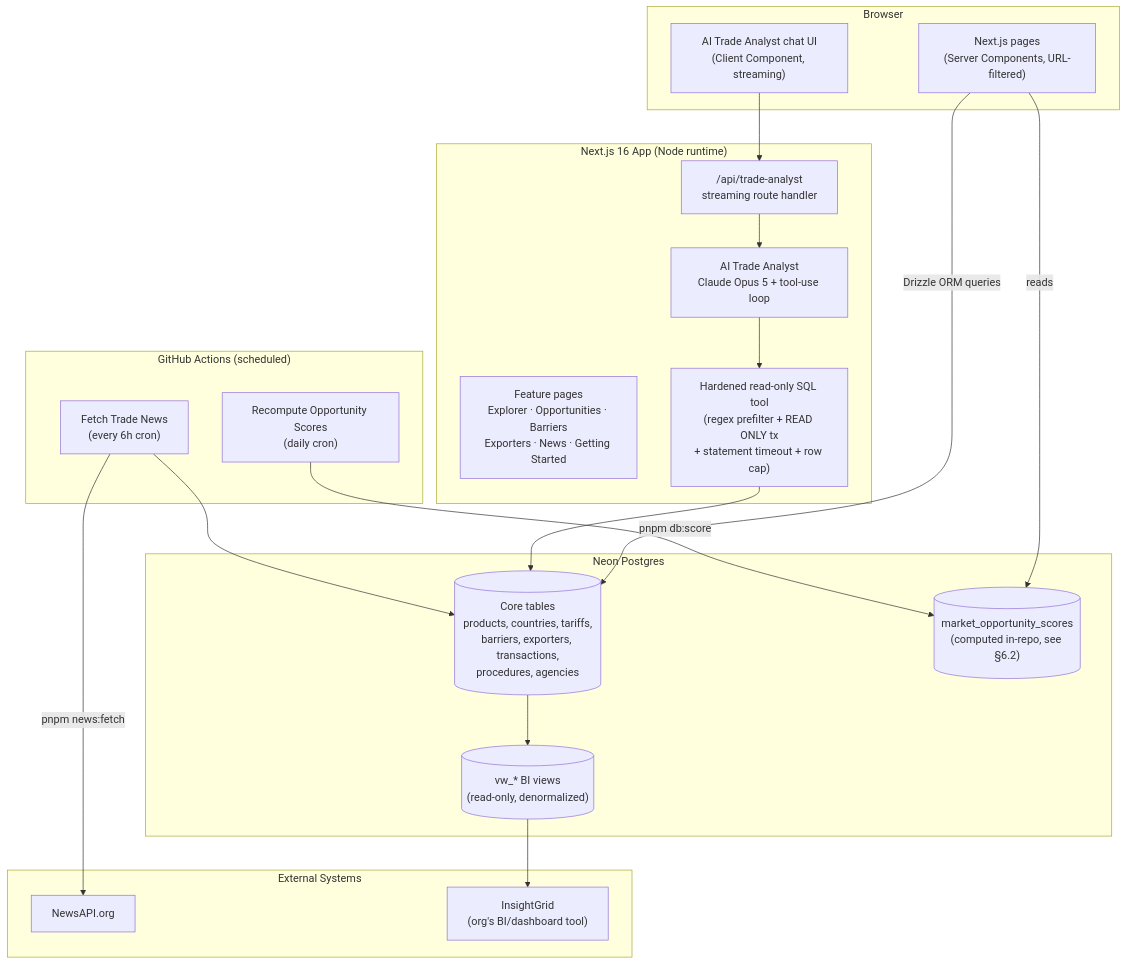
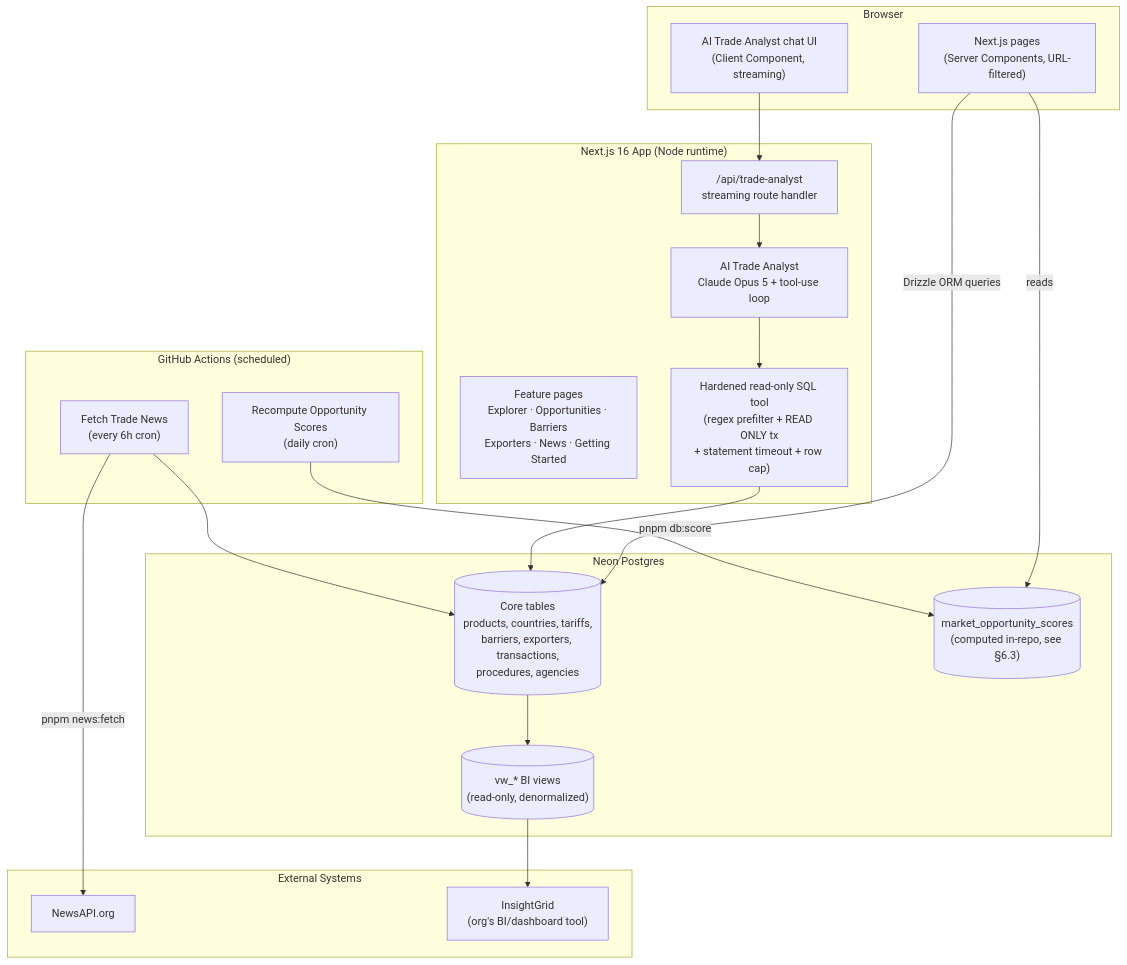
The diagram in README.md (AbelKevinKipkosgei/kenya-trade-intelligence-platform), drawn with Mermaid before and after one commit. The commit also changed other lines of this file, not shown here.

````diff
--- a/README.md
+++ b/README.md
@@ -51,39 +51,39 @@
 ```mermaid
 flowchart TB
     subgraph Client["Browser"]
         UI["Next.js pages<br/>(Server Components, URL-filtered)"]
         Chat["AI Trade Analyst chat UI<br/>(Client Component, streaming)"]
     end
 
     subgraph App["Next.js 16 App (Node runtime)"]
         Pages["Feature pages<br/>Explorer · Opportunities · Barriers<br/>Exporters · News · Getting Started"]
         API["/api/trade-analyst<br/>streaming route handler"]
         Analyst["AI Trade Analyst<br/>Claude Opus 5 + tool-use loop"]
         SQLTool["Hardened read-only SQL tool<br/>(regex prefilter + READ ONLY tx<br/>+ statement timeout + row cap)"]
     end
 
     subgraph Data["Neon Postgres"]
         Core[("Core tables<br/>products, countries, tariffs,<br/>barriers, exporters, transactions,<br/>procedures, agencies")]
-        Scores[("market_opportunity_scores<br/>(computed in-repo, see §6.2)")]
+        Scores[("market_opportunity_scores<br/>(computed in-repo, see §6.3)")]
         Views[("vw_* BI views<br/>(read-only, denormalized)")]
     end
 
     subgraph External["External Systems"]
         NewsAPI["NewsAPI.org"]
         InsightGrid["InsightGrid<br/>(org's BI/dashboard tool)"]
     end
 
     subgraph Automation["GitHub Actions (scheduled)"]
         ScoreJob["Recompute Opportunity Scores<br/>(daily cron)"]
         NewsJob["Fetch Trade News<br/>(every 6h cron)"]
     end
 
     UI -->|"Drizzle ORM queries"| Core
     UI -->|"reads"| Scores
     Chat --> API --> Analyst --> SQLTool --> Core
     ScoreJob -->|"pnpm db:score"| Scores
     NewsJob -->|"pnpm news:fetch"| NewsAPI
     NewsJob --> Core
     Core --> Views
     Views --> InsightGrid
 ```
````
